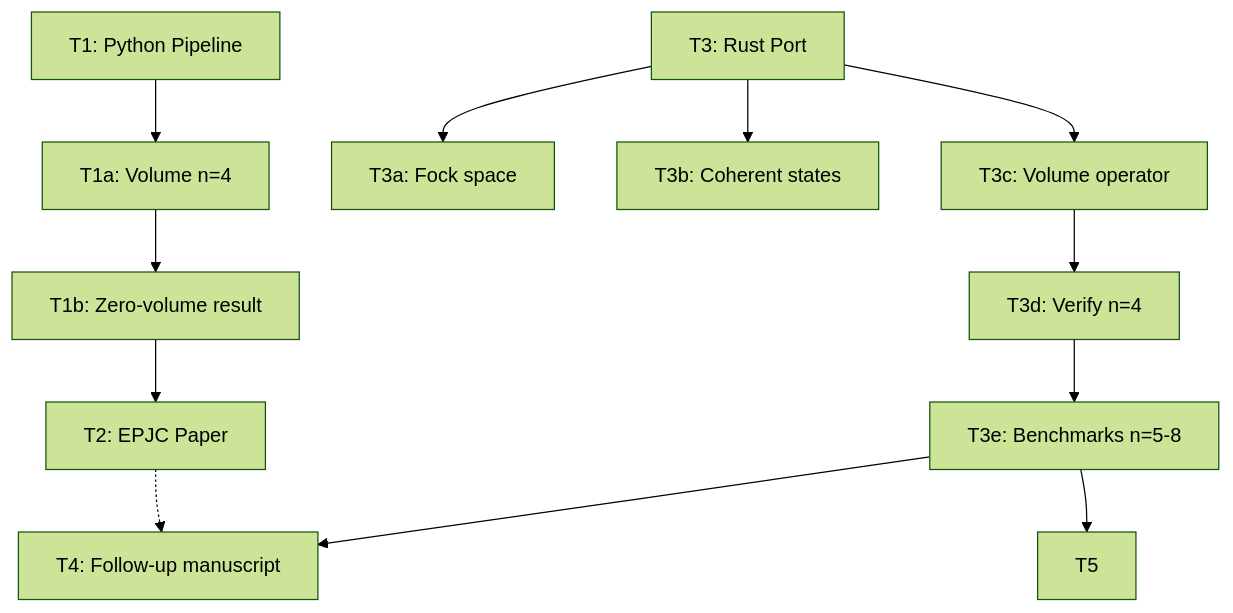
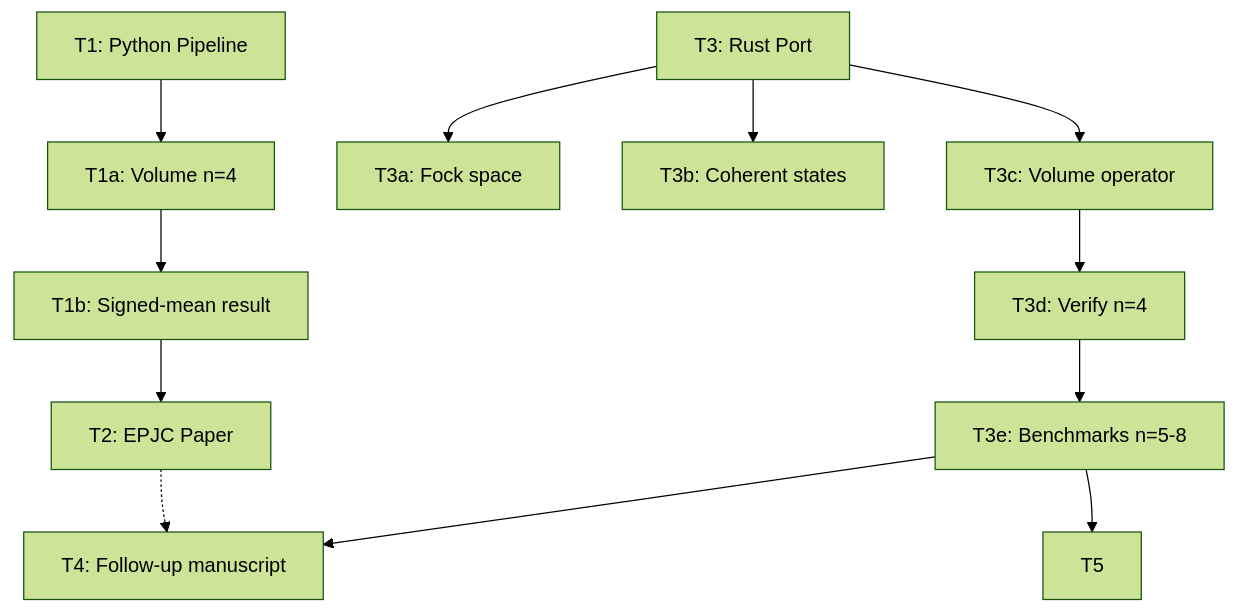
One commit to space-cadet/lqg-scattering changed the diagram in memory-bank/tasks.md. Above: the diagram before and after it, drawn with Mermaid (forest theme). The commit also changed other lines of this file and 43 other files, not shown here.

````diff
--- a/memory-bank/tasks.md
+++ b/memory-bank/tasks.md
@@ -270,24 +293,24 @@
 ```mermaid
 graph TD
     T1[T1: Python Pipeline]
     T1a[T1a: Volume n=4]
-    T1b[T1b: Zero-volume result]
+    T1b[T1b: Signed-mean result]
     T2[T2: EPJC Paper]
     T3[T3: Rust Port]
     T3a[T3a: Fock space]
     T3b[T3b: Coherent states]
     T3c[T3c: Volume operator]
     T3d[T3d: Verify n=4]
     T3e[T3e: Benchmarks n=5-8]
     T4[T4: Follow-up manuscript]
 
     T1 --> T1a --> T1b --> T2
     T3 --> T3a
     T3 --> T3b
     T3 --> T3c
     T3c --> T3d
     T3d --> T3e
     T3e --> T4
     T2 -.-> T4
     T3e --> T5
 ```
````
